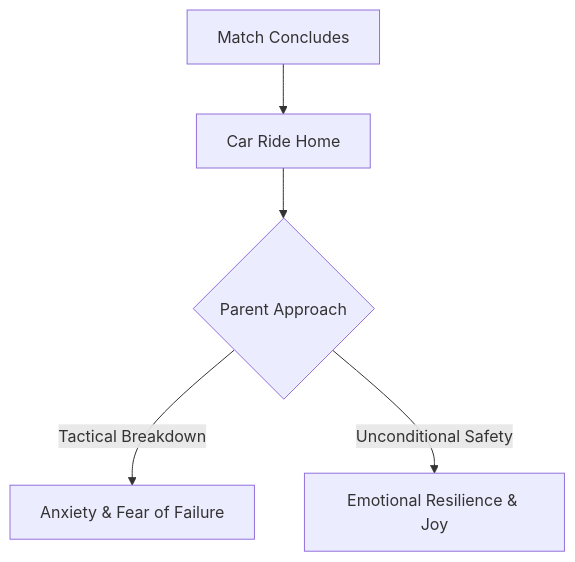
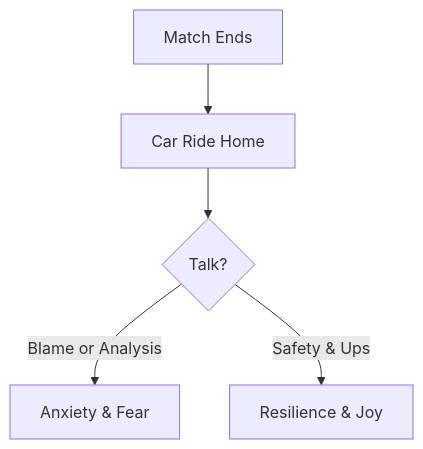
One commit to charlesjnichols/keeper-academy changed the sixth of 6 diagrams in slides/03-curriculum-9-12.md. Above: the diagram before and after it, drawn with Mermaid. The commit also changed other lines of this file and 4 other files, not shown here.

````diff
--- a/slides/03-curriculum-9-12.md
+++ b/slides/03-curriculum-9-12.md
@@ -226,7 +301,7 @@
 ```mermaid {theme: 'seriph', scale: 0.65}
 flowchart TD
-    A[Match Concludes] --> B[Car Ride Home]
-    B --> C{Parent Approach}
-    C -->|Tactical Breakdown| D[Anxiety & Fear of Failure]
-    C -->|Unconditional Safety| E[Emotional Resilience & Joy]
+    A[Match Ends] --> B[Car Ride Home]
+    B --> C{Talk?}
+    C -->|Blame or Analysis| D[Anxiety & Fear]
+    C -->|Safety & Ups| E[Resilience & Joy]
 ```
````
